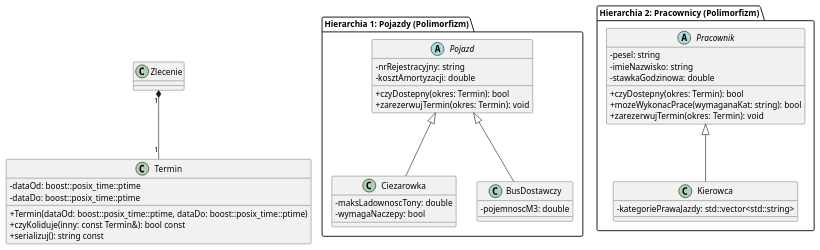
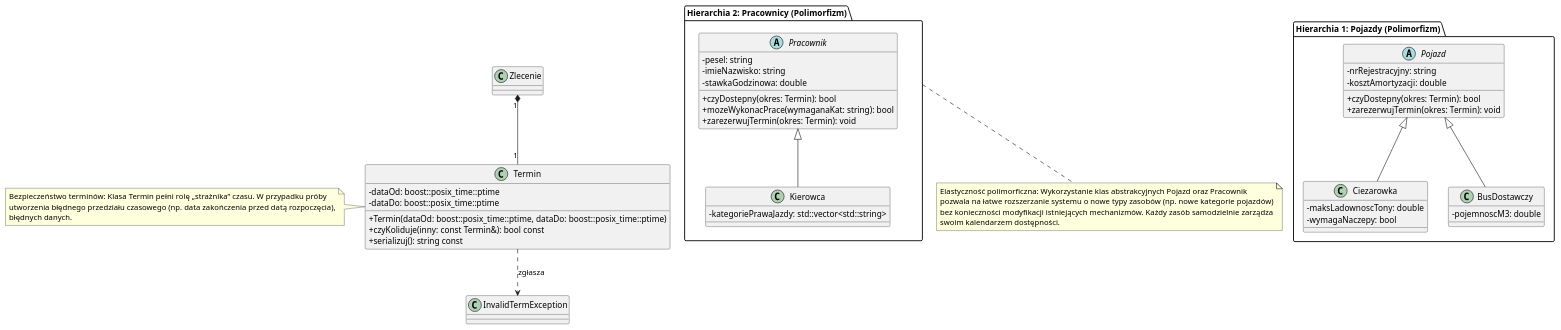
Before and after one commit to michalszutkiewicz/TransportCompany: the diagram in Diagramy UML/Hierarchie zasobów logistycznych.puml, drawn with PlantUML. The commit also changed 7 other files, not shown here.

```diff
--- a/Diagramy UML/Hierarchie zasobów logistycznych.puml
+++ b/Diagramy UML/Hierarchie zasobów logistycznych.puml
@@ -1,51 +1,64 @@
 @startuml
 skinparam classAttributeIconSize 0
 
 class Termin {
     - dataOd: boost::posix_time::ptime
     - dataDo: boost::posix_time::ptime
     + Termin(dataOd: boost::posix_time::ptime, dataDo: boost::posix_time::ptime)
     + czyKoliduje(inny: const Termin&): bool const
     + serializuj(): string const
 }
+
+    note left of Termin
+      Bezpieczeństwo terminów: Klasa Termin pełni rolę „strażnika” czasu. W przypadku próby
+      utworzenia błędnego przedziału czasowego (np. data zakończenia przed datą rozpoczęcia),
+      błędnych danych.
+    end note
 
 package "Hierarchia 1: Pojazdy (Polimorfizm)" {
     abstract class Pojazd {
         - nrRejestracyjny: string
         - kosztAmortyzacji: double
         + czyDostepny(okres: Termin): bool
         + zarezerwujTermin(okres: Termin): void
     }
 
     class Ciezarowka {
         - maksLadownoscTony: double
         - wymagaNaczepy: bool
     }
 
     class BusDostawczy {
         - pojemnoscM3: double
     }
 
     Pojazd <|-- Ciezarowka
     Pojazd <|-- BusDostawczy
 }
 
 package "Hierarchia 2: Pracownicy (Polimorfizm)" {
     abstract class Pracownik {
         - pesel: string
         - imieNazwisko: string
         - stawkaGodzinowa: double
         + czyDostepny(okres: Termin): bool
         + mozeWykonacPrace(wymaganaKat: string): bool
         + zarezerwujTermin(okres: Termin): void
     }
 
     class Kierowca {
         - kategoriePrawaJazdy: std::vector<std::string>
     }
 
     Pracownik <|-- Kierowca
 }
 
+    note bottom of "Hierarchia 2: Pracownicy (Polimorfizm)"
+      Elastyczność polimorficzna: Wykorzystanie klas abstrakcyjnych Pojazd oraz Pracownik
+      pozwala na łatwe rozszerzanie systemu o nowe typy zasobów (np. nowe kategorie pojazdów)
+      bez konieczności modyfikacji istniejących mechanizmów. Każdy zasób samodzielnie zarządza
+      swoim kalendarzem dostępności.
+    end note
 Zlecenie "1" *-- "1" Termin
+Termin ..> InvalidTermException : «zgłasza»
 @enduml
```
